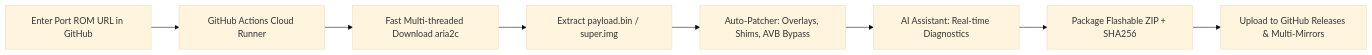
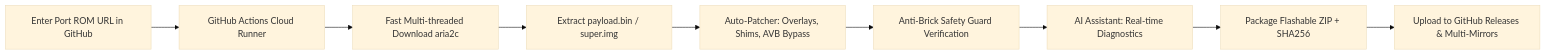
The diagram in README.md (frnAlt/Xiaomi_blossom_stuff), drawn with Mermaid (base theme) before and after one commit. The commit also changed other lines of this file and 2 other files, not shown here.

Commit message:
feat: Add Anti-Brick Safety Guard, Emergency Unbrick Manual, and zero-risk partition protections

````diff
--- a/README.md
+++ b/README.md
@@ -33,10 +48,11 @@
 ```mermaid
 graph LR
     A[Enter Port ROM URL in GitHub] --> B[GitHub Actions Cloud Runner]
     B --> C[Fast Multi-threaded Download aria2c]
     C --> D[Extract payload.bin / super.img]
     D --> E[Auto-Patcher: Overlays, Shims, AVB Bypass]
-    E --> F[AI Assistant: Real-time Diagnostics]
-    F --> G[Package Flashable ZIP + SHA256]
-    G --> H[Upload to GitHub Releases & Multi-Mirrors]
+    E --> F[Anti-Brick Safety Guard Verification]
+    F --> G[AI Assistant: Real-time Diagnostics]
+    G --> H[Package Flashable ZIP + SHA256]
+    H --> I[Upload to GitHub Releases & Multi-Mirrors]
 ```
````
